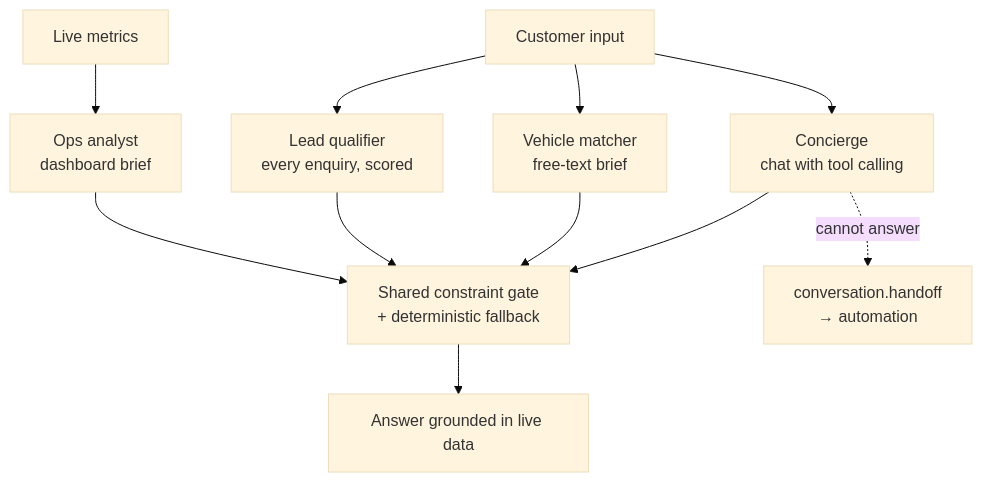
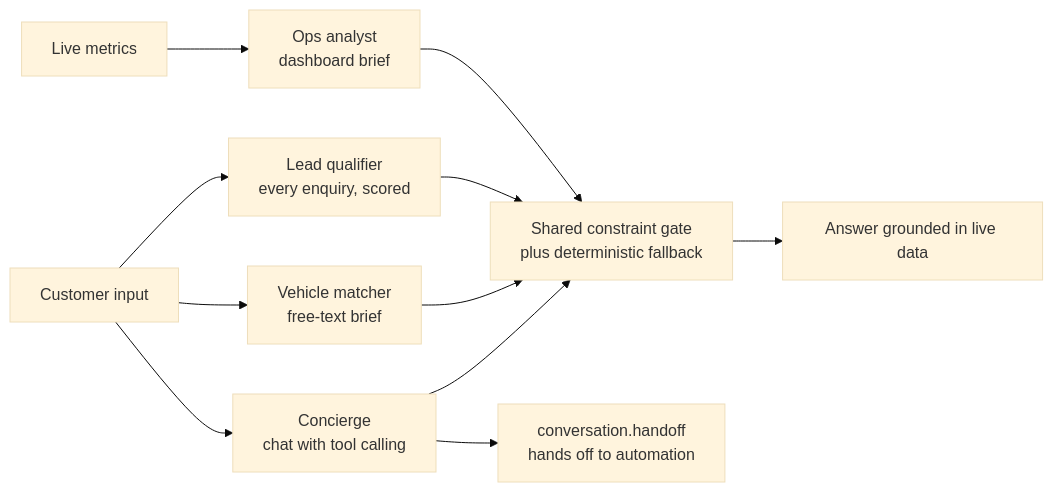
One commit to Arnobrizwan/bestauto-rentals changed the fifth of 10 diagrams in README.md. Above: the diagram before and after it, drawn with Mermaid (base theme). The commit also changed 1 other file, not shown here.

Commit message:
Point the AI recording at the matcher, and lay its diagram out flat
The recording scrolled past the section it was captioned as showing and landed
on the register form, so the one thing worth watching — the matcher being asked
for ten people and answering with the only vehicle that seats them — was not in
it. Anchored on the heading rather than a scroll offset, which the results
pushing the page down had invalidated.

The diagram beside it failed to render on GitHub outright: 'could not find a
suitable point for the given distance', Mermaid unable to route a dotted edge
back across a top-down graph with two roots. Flat layout, plain edge, same
content.

````diff
--- a/README.md
+++ b/README.md
@@ -124,13 +124,13 @@
 ```mermaid
-flowchart TD
+flowchart LR
   IN["Customer input"] --> A1["Concierge<br/>chat with tool calling"]
   IN --> A2["Vehicle matcher<br/>free-text brief"]
   IN --> A3["Lead qualifier<br/>every enquiry, scored"]
   MT["Live metrics"] --> A4["Ops analyst<br/>dashboard brief"]
-  A1 --> G["Shared constraint gate<br/>+ deterministic fallback"]
+  A1 --> G["Shared constraint gate<br/>plus deterministic fallback"]
   A2 --> G
   A3 --> G
   A4 --> G
   G --> OUT["Answer grounded in live data"]
-  A1 -.->|"cannot answer"| HO["conversation.handoff<br/>→ automation"]
+  A1 --> HO["conversation.handoff<br/>hands off to automation"]
 ```
````
